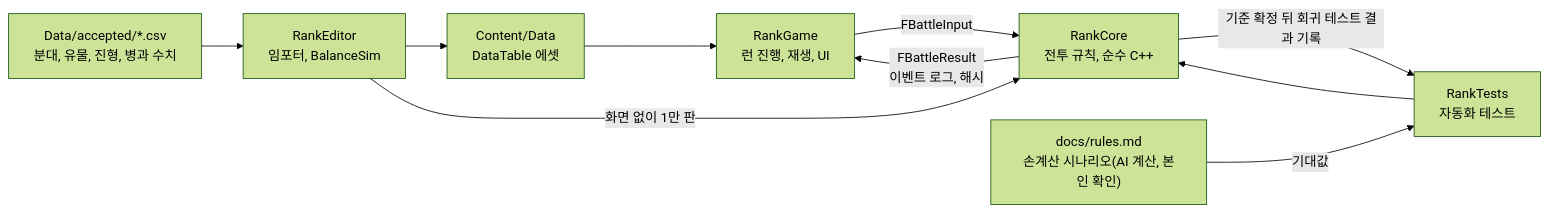
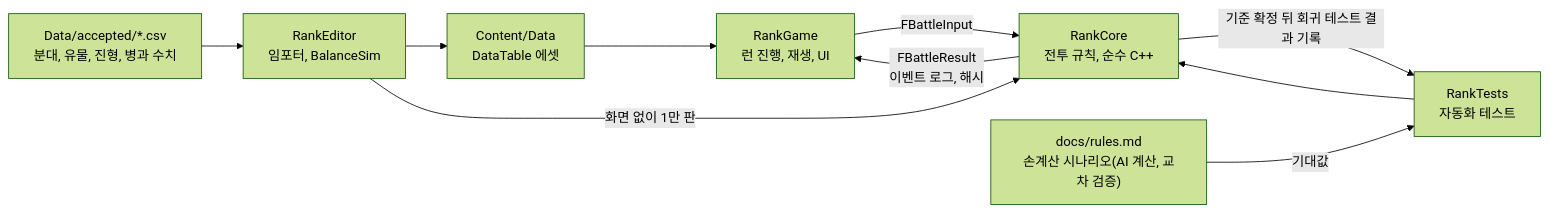
The first of 4 diagrams in docs/design.md (agnesAqr/rank-and-file), drawn with Mermaid (forest theme) before and after one commit. The commit also changed other lines of this file and 9 other files, not shown here.

````diff
--- a/docs/design.md
+++ b/docs/design.md
@@ -68,12 +70,12 @@
 ```mermaid
 flowchart LR
   JSON["Data/accepted/*.csv<br>분대, 유물, 진형, 병과 수치"] --> ED["RankEditor<br>임포터, BalanceSim"]
   ED --> DT["Content/Data<br>DataTable 에셋"]
   DT --> GAME["RankGame<br>런 진행, 재생, UI"]
   GAME -->|"FBattleInput"| CORE["RankCore<br>전투 규칙, 순수 C++"]
   CORE -->|"FBattleResult<br>이벤트 로그, 해시"| GAME
   ED -->|"화면 없이 1만 판"| CORE
   TESTS["RankTests<br>자동화 테스트"] --> CORE
-  HAND["docs/rules.md<br>손계산 시나리오(AI 계산, 본인 확인)"] -->|"기대값"| TESTS
+  HAND["docs/rules.md<br>손계산 시나리오(AI 계산, 교차 검증)"] -->|"기대값"| TESTS
   CORE -->|"기준 확정 뒤 회귀 테스트 결과 기록"| TESTS
 ```
````
